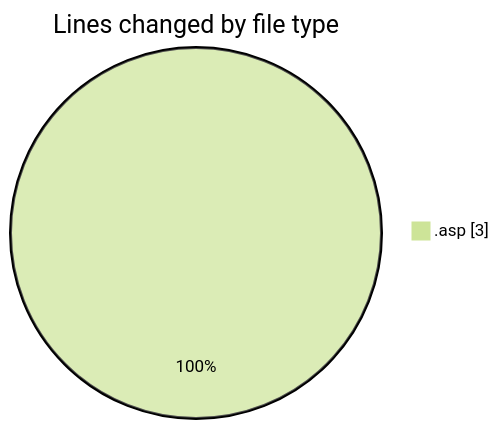
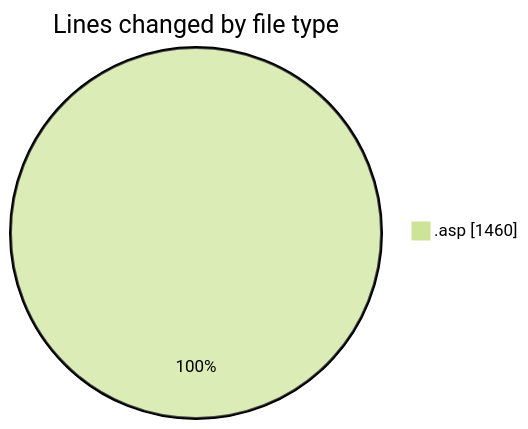
Before and after one commit to julien-gomy/code-tracking: the first of 2 diagrams in 2025-10-30/cdp_aleoudev_fr__workspace_/README.md, drawn with Mermaid (forest theme). The commit also changed other lines of this file and 1 other file, not shown here.

````diff
--- a/2025-10-30/cdp_aleoudev_fr__workspace_/README.md
+++ b/2025-10-30/cdp_aleoudev_fr__workspace_/README.md
@@ -20,5 +22,5 @@
 ```mermaid
 pie showData
 title Lines changed by file type
-".asp" : 3
+".asp" : 1460
 ```
````
